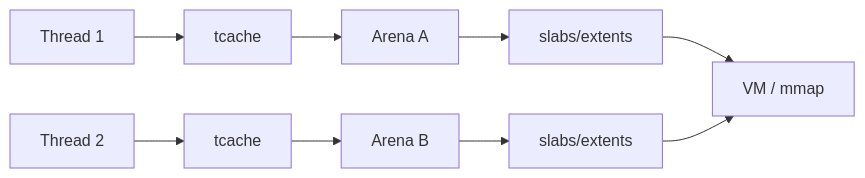
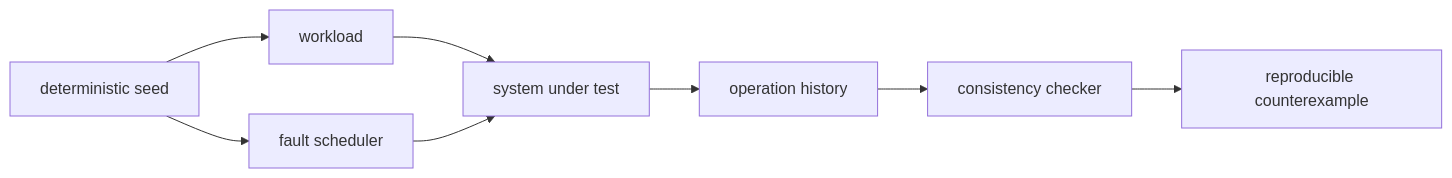
Before and after one commit to cebrailbagatarhan/software-engineering-interview-roadmap: the second of 2 diagrams in daily/2026-09-21/11-00.md, drawn with Mermaid. The commit also changed other lines of this file, not shown here.

````diff
--- a/daily/2026-09-21/11-00.md
+++ b/daily/2026-09-21/11-00.md
@@ -13,11 +72,10 @@
 ```mermaid
 flowchart LR
-  T1[Thread 1] --> C1[tcache]
-  T2[Thread 2] --> C2[tcache]
-  C1 --> A1[Arena A]
-  C2 --> A2[Arena B]
-  A1 --> E1[slabs/extents]
-  A2 --> E2[slabs/extents]
-  E1 --> OS[VM / mmap]
-  E2 --> OS
+ S[deterministic seed] --> W[workload]
+ S --> F[fault scheduler]
+ W --> DUT[system under test]
+ F --> DUT
+ DUT --> H[operation history]
+ H --> C[consistency checker]
+ C --> X[reproducible counterexample]
 ```
````
